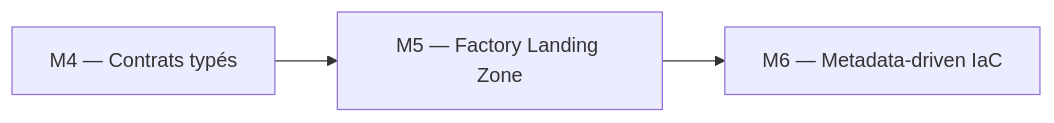
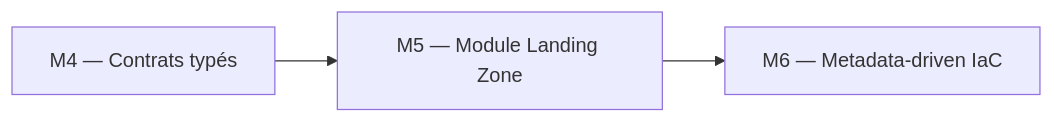
The first of 2 diagrams in courses/day-02/module-05-modules/lab.md (msellamiTN/Snowflake-terraform), drawn with Mermaid before and after one commit. The commit also changed other lines of this file and 10 other files, not shown here.

````diff
--- a/courses/day-02/module-05-modules/lab.md
+++ b/courses/day-02/module-05-modules/lab.md
@@ -15,5 +18,5 @@
 ```mermaid
 flowchart LR
-    M4[M4 — Contrats typés] --> M5[M5 — Factory Landing Zone]
+    M4[M4 — Contrats typés] --> M5[M5 — Module Landing Zone]
     M5 --> M6[M6 — Metadata-driven IaC]
 ```
````
